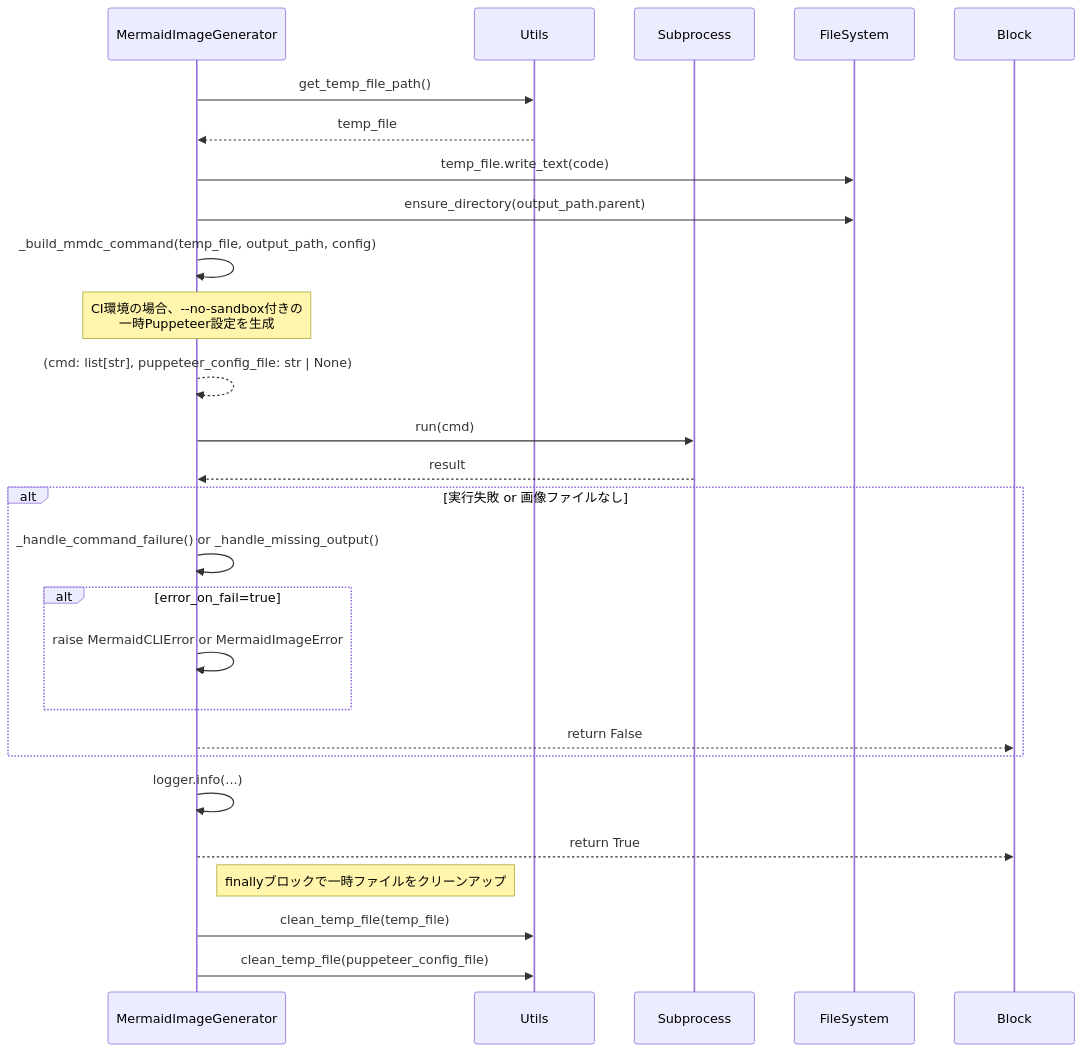
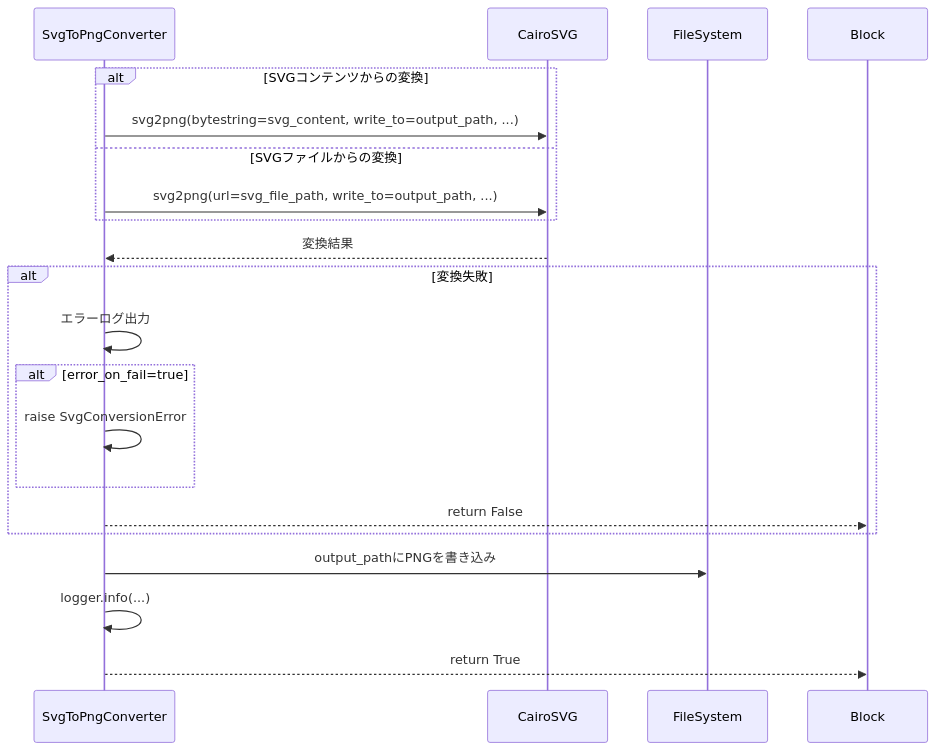
One commit to nuitsjp/mkdocs-svg-to-png changed the sixth of 7 diagrams in docs/architecture.md. Above: the diagram before and after it, drawn with Mermaid. The commit also changed other lines of this file and 34 other files, not shown here.

First line of the commit message:
refactor: SVG to PNG変換機能の完全実装とMermaidからの移行完了

````diff
--- a/docs/architecture.md
+++ b/docs/architecture.md
@@ -286,36 +280,26 @@
 ```mermaid
 sequenceDiagram
-    participant ImgGen as MermaidImageGenerator
-    participant Utils
-    participant Subprocess
+    participant Converter as SvgToPngConverter
+    participant CairoSVG
     participant FileSystem
 
-    ImgGen->>Utils: get_temp_file_path()
-    Utils-->>ImgGen: temp_file
-
-    ImgGen->>FileSystem: temp_file.write_text(code)
-
-    ImgGen->>FileSystem: ensure_directory(output_path.parent)
-
-    ImgGen->>ImgGen: _build_mmdc_command(temp_file, output_path, config)
-    Note over ImgGen: CI環境の場合、--no-sandbox付きの<br/>一時Puppeteer設定を生成
-    ImgGen-->>ImgGen: (cmd: list[str], puppeteer_config_file: str | None)
-
-    ImgGen->>Subprocess: run(cmd)
-    Subprocess-->>ImgGen: result
-
-    alt 実行失敗 or 画像ファイルなし
-        ImgGen->>ImgGen: _handle_command_failure() or _handle_missing_output()
-        alt error_on_fail=true
-            ImgGen->>ImgGen: raise MermaidCLIError or MermaidImageError
-        end
-        ImgGen-->>Block: return False
+    alt SVGコンテンツからの変換
+        Converter->>CairoSVG: svg2png(bytestring=svg_content, write_to=output_path, ...)
+    else SVGファイルからの変換
+        Converter->>CairoSVG: svg2png(url=svg_file_path, write_to=output_path, ...)
     end
 
-    ImgGen->>ImgGen: logger.info(...)
-    ImgGen-->>Block: return True
+    CairoSVG-->>Converter: 変換結果
 
-    note right of ImgGen: finallyブロックで一時ファイルをクリーンアップ
-    ImgGen->>Utils: clean_temp_file(temp_file)
-    ImgGen->>Utils: clean_temp_file(puppeteer_config_file)
+    alt 変換失敗
+        Converter->>Converter: エラーログ出力
+        alt error_on_fail=true
+            Converter->>Converter: raise SvgConversionError
+        end
+        Converter-->>Block: return False
+    end
+
+    Converter->>FileSystem: output_pathにPNGを書き込み
+    Converter->>Converter: logger.info(...)
+    Converter-->>Block: return True
 ```
````
